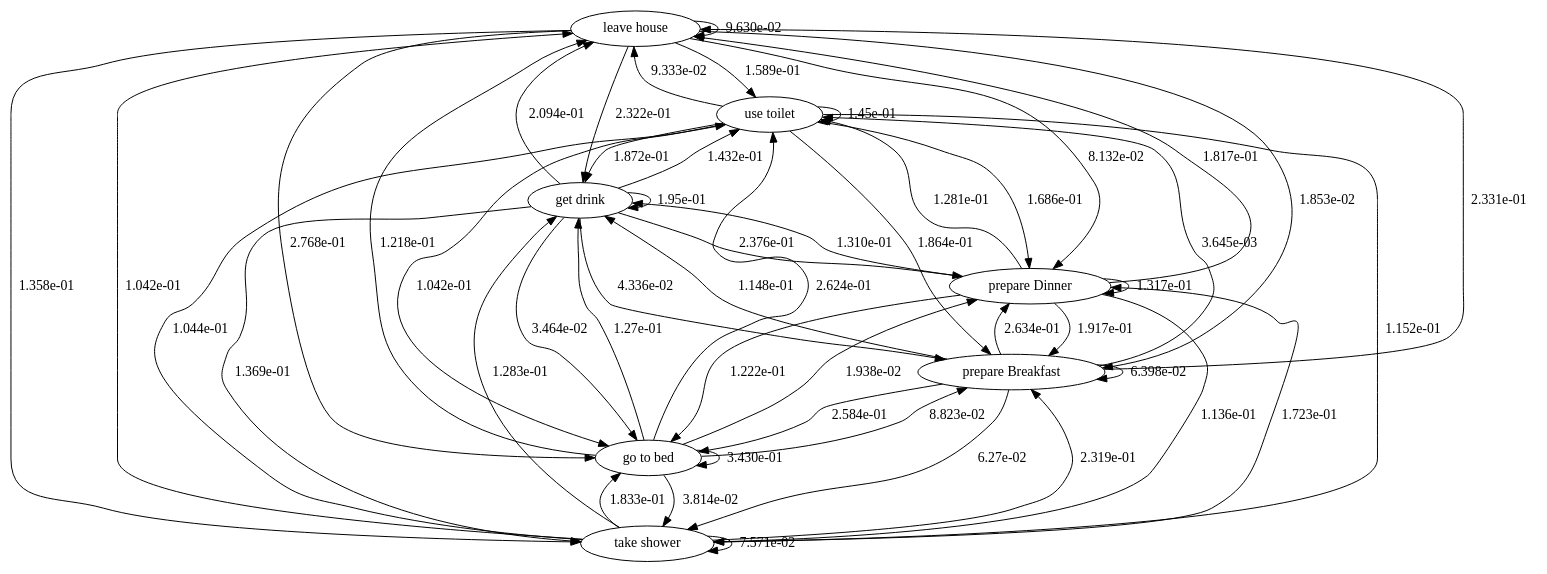
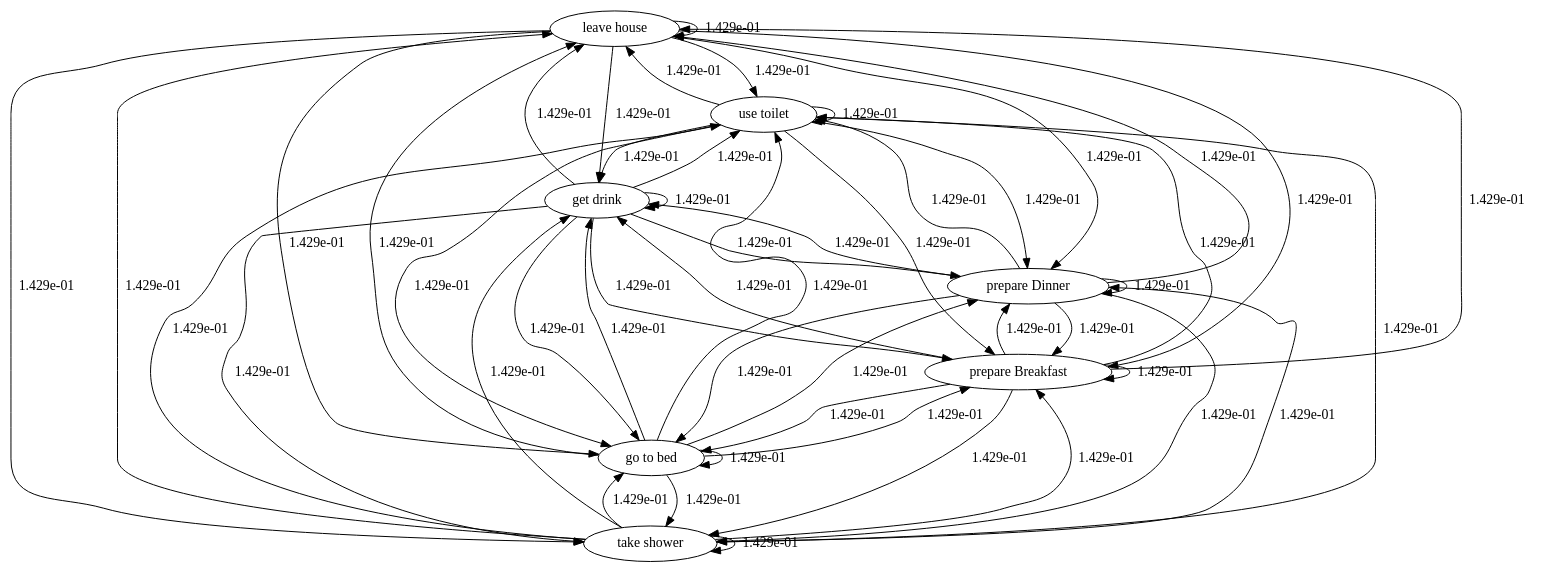
The diagram in benchmarks/testing/test.gv (tcsvn/pyadlml), drawn with Graphviz before and after one commit. The commit also changed 10 other files, not shown here.

```diff
--- a/benchmarks/testing/test.gv
+++ b/benchmarks/testing/test.gv
@@ -1,58 +1,58 @@
 digraph {
 	1 [label="leave house"]
 	4 [label="use toilet"]
 	5 [label="take shower"]
 	10 [label="go to bed"]
 	13 [label="prepare Breakfast"]
 	15 [label="prepare Dinner"]
 	17 [label="get drink"]
-	1 -> 1 [label="9.630e-02"]
-	1 -> 4 [label="1.589e-01"]
-	1 -> 5 [label="1.358e-01"]
-	1 -> 10 [label="2.768e-01"]
-	1 -> 13 [label="1.853e-02"]
-	1 -> 15 [label="8.132e-02"]
-	1 -> 17 [label="2.322e-01"]
-	4 -> 1 [label="9.333e-02"]
-	4 -> 4 [label="1.45e-01"]
-	4 -> 5 [label="1.152e-01"]
-	4 -> 10 [label="1.042e-01"]
-	4 -> 13 [label="1.864e-01"]
-	4 -> 15 [label="1.686e-01"]
-	4 -> 17 [label="1.872e-01"]
-	5 -> 1 [label="1.042e-01"]
-	5 -> 4 [label="1.044e-01"]
-	5 -> 5 [label="7.571e-02"]
-	5 -> 10 [label="1.833e-01"]
-	5 -> 13 [label="2.319e-01"]
-	5 -> 15 [label="1.723e-01"]
-	5 -> 17 [label="1.283e-01"]
-	10 -> 1 [label="1.218e-01"]
-	10 -> 4 [label="2.624e-01"]
-	10 -> 5 [label="3.814e-02"]
-	10 -> 10 [label="3.430e-01"]
-	10 -> 13 [label="8.823e-02"]
-	10 -> 15 [label="1.938e-02"]
-	10 -> 17 [label="1.27e-01"]
-	13 -> 1 [label="2.331e-01"]
-	13 -> 4 [label="3.645e-03"]
-	13 -> 5 [label="6.27e-02"]
-	13 -> 10 [label="2.584e-01"]
-	13 -> 13 [label="6.398e-02"]
-	13 -> 15 [label="2.634e-01"]
-	13 -> 17 [label="1.148e-01"]
-	15 -> 1 [label="1.817e-01"]
-	15 -> 4 [label="1.281e-01"]
-	15 -> 5 [label="1.136e-01"]
-	15 -> 10 [label="1.222e-01"]
-	15 -> 13 [label="1.917e-01"]
-	15 -> 15 [label="1.317e-01"]
-	15 -> 17 [label="1.310e-01"]
-	17 -> 1 [label="2.094e-01"]
-	17 -> 4 [label="1.432e-01"]
-	17 -> 5 [label="1.369e-01"]
-	17 -> 10 [label="3.464e-02"]
-	17 -> 13 [label="4.336e-02"]
-	17 -> 15 [label="2.376e-01"]
-	17 -> 17 [label="1.95e-01"]
+	1 -> 1 [label="1.429e-01"]
+	1 -> 4 [label="1.429e-01"]
+	1 -> 5 [label="1.429e-01"]
+	1 -> 10 [label="1.429e-01"]
+	1 -> 13 [label="1.429e-01"]
+	1 -> 15 [label="1.429e-01"]
+	1 -> 17 [label="1.429e-01"]
+	4 -> 1 [label="1.429e-01"]
+	4 -> 4 [label="1.429e-01"]
+	4 -> 5 [label="1.429e-01"]
+	4 -> 10 [label="1.429e-01"]
+	4 -> 13 [label="1.429e-01"]
+	4 -> 15 [label="1.429e-01"]
+	4 -> 17 [label="1.429e-01"]
+	5 -> 1 [label="1.429e-01"]
+	5 -> 4 [label="1.429e-01"]
+	5 -> 5 [label="1.429e-01"]
+	5 -> 10 [label="1.429e-01"]
+	5 -> 13 [label="1.429e-01"]
+	5 -> 15 [label="1.429e-01"]
+	5 -> 17 [label="1.429e-01"]
+	10 -> 1 [label="1.429e-01"]
+	10 -> 4 [label="1.429e-01"]
+	10 -> 5 [label="1.429e-01"]
+	10 -> 10 [label="1.429e-01"]
+	10 -> 13 [label="1.429e-01"]
+	10 -> 15 [label="1.429e-01"]
+	10 -> 17 [label="1.429e-01"]
+	13 -> 1 [label="1.429e-01"]
+	13 -> 4 [label="1.429e-01"]
+	13 -> 5 [label="1.429e-01"]
+	13 -> 10 [label="1.429e-01"]
+	13 -> 13 [label="1.429e-01"]
+	13 -> 15 [label="1.429e-01"]
+	13 -> 17 [label="1.429e-01"]
+	15 -> 1 [label="1.429e-01"]
+	15 -> 4 [label="1.429e-01"]
+	15 -> 5 [label="1.429e-01"]
+	15 -> 10 [label="1.429e-01"]
+	15 -> 13 [label="1.429e-01"]
+	15 -> 15 [label="1.429e-01"]
+	15 -> 17 [label="1.429e-01"]
+	17 -> 1 [label="1.429e-01"]
+	17 -> 4 [label="1.429e-01"]
+	17 -> 5 [label="1.429e-01"]
+	17 -> 10 [label="1.429e-01"]
+	17 -> 13 [label="1.429e-01"]
+	17 -> 15 [label="1.429e-01"]
+	17 -> 17 [label="1.429e-01"]
 }
```
